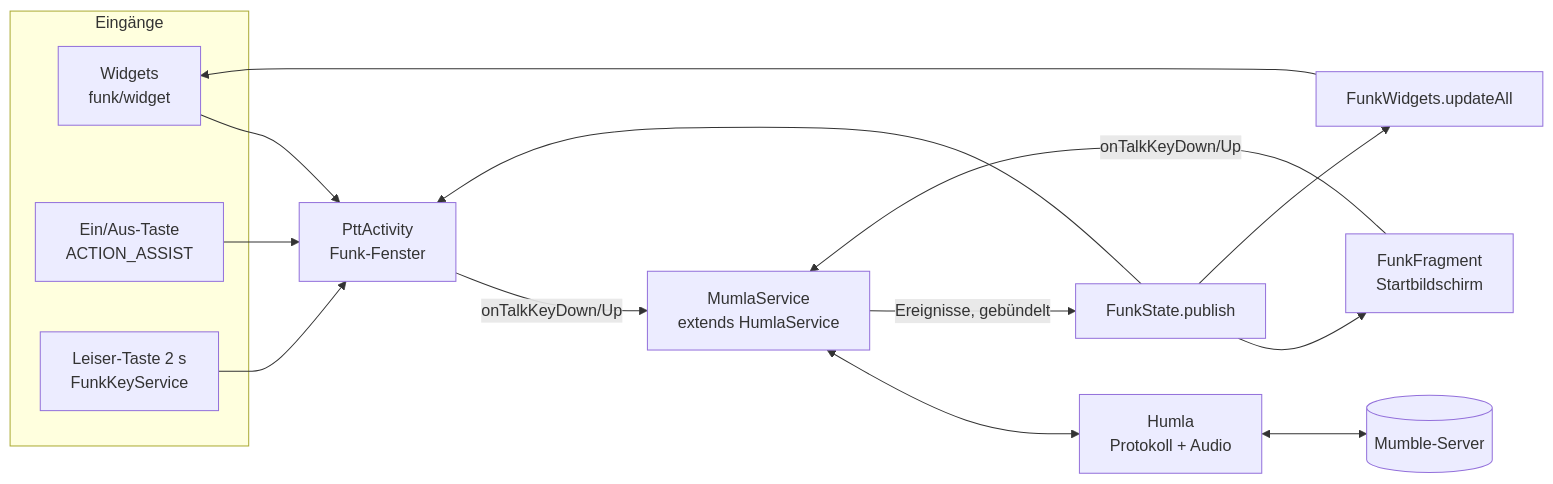
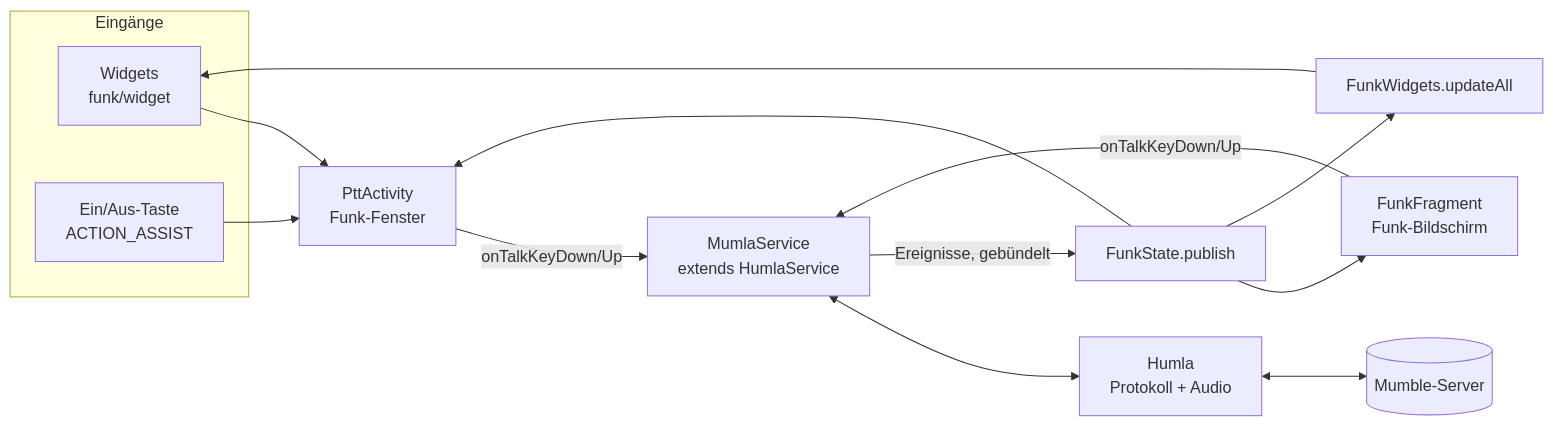
One commit to Filubu/mumla-funk changed the diagram in docs/ARCHITEKTUR.md. Above: the diagram before and after it, drawn with Mermaid. The commit also changed other lines of this file and 6 other files, not shown here.

````diff
--- a/docs/ARCHITEKTUR.md
+++ b/docs/ARCHITEKTUR.md
@@ -17,18 +17,16 @@
 ```mermaid
 flowchart LR
     subgraph Eingänge
         Widget[Widgets<br>funk/widget]
         Power[Ein/Aus-Taste<br>ACTION_ASSIST]
-        Vol[Leiser-Taste 2 s<br>FunkKeyService]
     end
     Widget --> Popup
     Power --> Popup
-    Vol --> Popup
     Popup[PttActivity<br>Funk-Fenster] -- onTalkKeyDown/Up --> Service
-    Home[FunkFragment<br>Startbildschirm] -- onTalkKeyDown/Up --> Service
+    Home[FunkFragment<br>Funk-Bildschirm] -- onTalkKeyDown/Up --> Service
     Service[MumlaService<br>extends HumlaService] <--> Humla[Humla<br>Protokoll + Audio] <--> Server[(Mumble-Server)]
     Service -- Ereignisse, gebündelt --> State[FunkState.publish]
     State --> Popup
     State --> Home
     State --> Updater[FunkWidgets.updateAll] --> Widget
 ```
````
